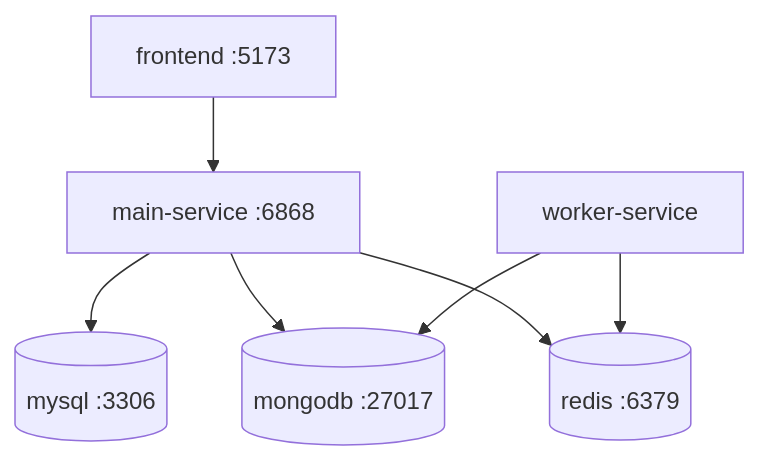
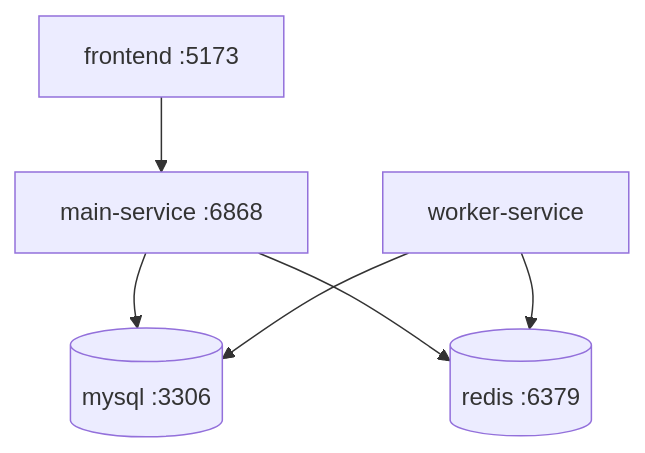
The diagram in docs/deployment.md (JamesHarrision/fessior-oj-backend), drawn with Mermaid before and after one commit. The commit also changed other lines of this file and 15 other files, not shown here.

Commit message:
docs: document simplified mysql architecture

````diff
--- a/docs/deployment.md
+++ b/docs/deployment.md
@@ -12,9 +12,8 @@
 ```mermaid
 flowchart TB
   Frontend[frontend :5173] --> Main[main-service :6868]
   Main[main-service :6868] --> MySQL[(mysql :3306)]
-  Main --> Mongo[(mongodb :27017)]
   Main --> Redis[(redis :6379)]
-  Worker[worker-service] --> Mongo
+  Worker[worker-service] --> MySQL
   Worker --> Redis
 ```
````
